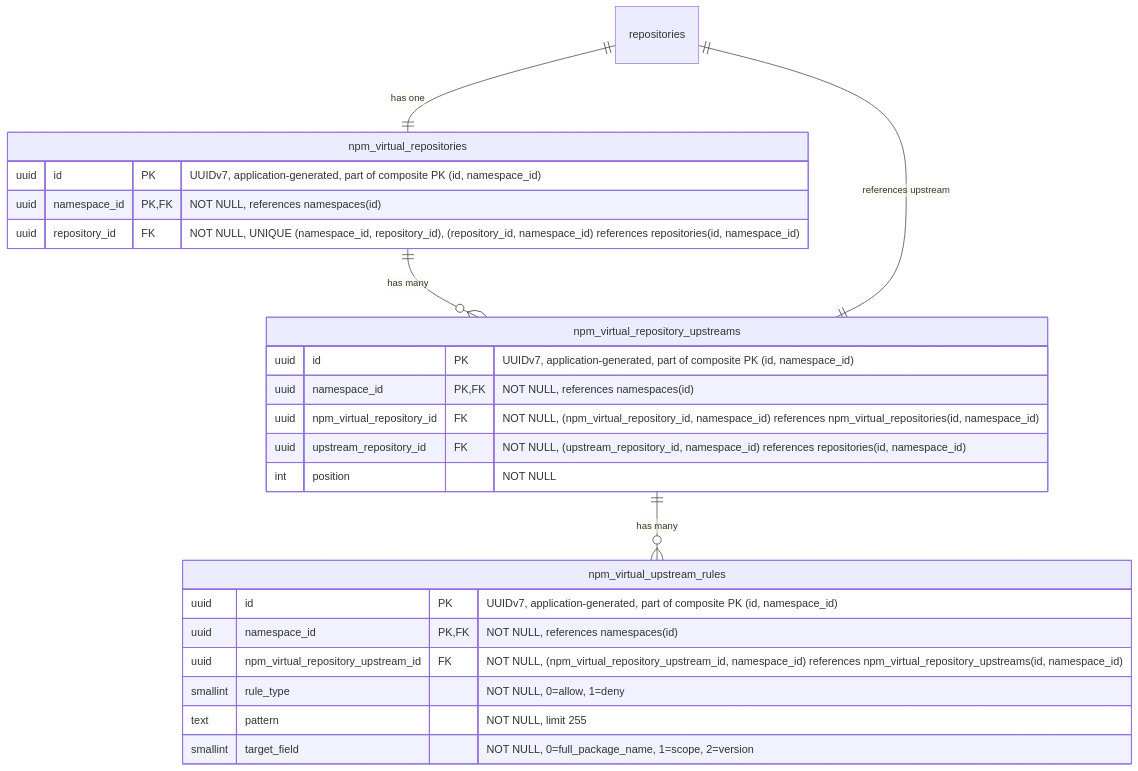
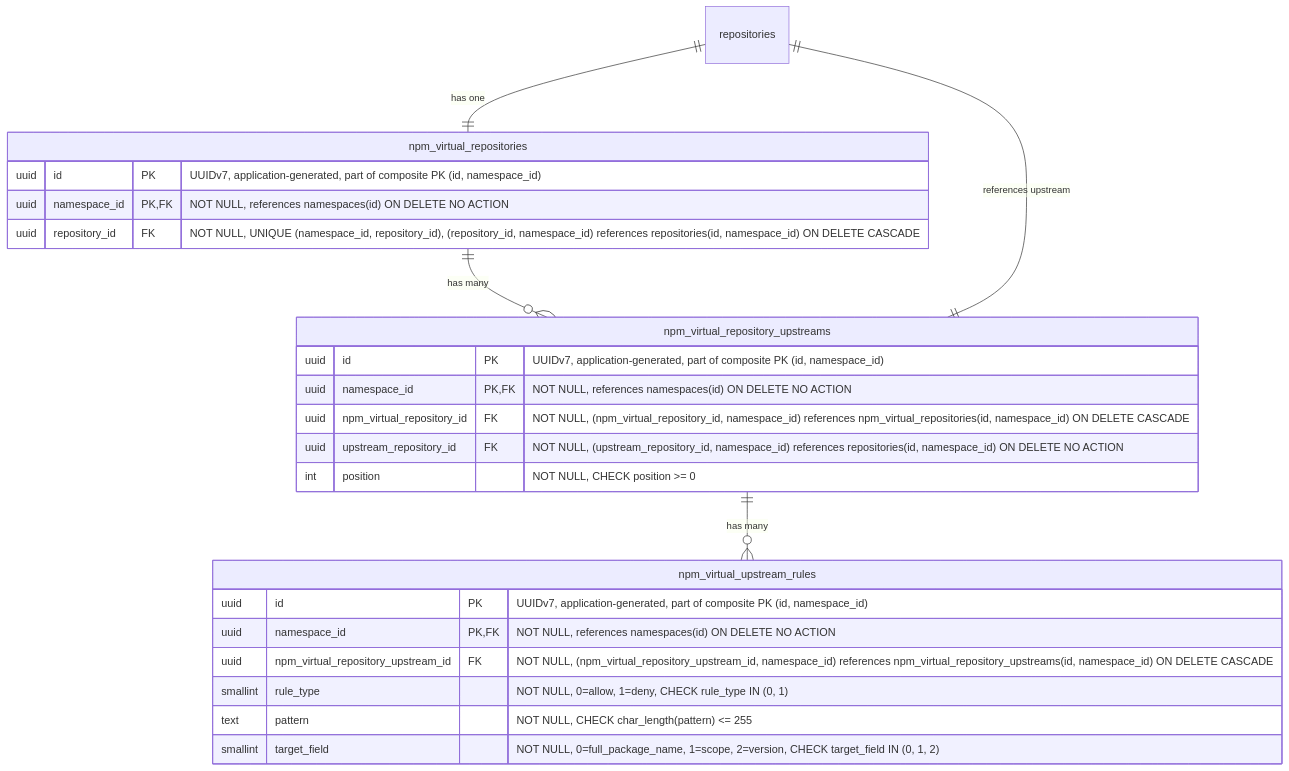
Diagram 15 of 19 in content/handbook/engineering/architecture/design-documents/artifact_registry/decisions/007_database_schema.md (kyama0/gitlab-handbook-ja), drawn with Mermaid before and after one commit. The commit also changed other lines of this file and 90 other files, not shown here.

````diff
--- a/content/handbook/engineering/architecture/design-documents/artifact_registry/decisions/007_database_schema.md
+++ b/content/handbook/engineering/architecture/design-documents/artifact_registry/decisions/007_database_schema.md
@@ -1436,30 +1460,30 @@
 ```mermaid
 erDiagram
     repositories ||--|| npm_virtual_repositories : "has one"
     npm_virtual_repositories ||--o{ npm_virtual_repository_upstreams : "has many"
     npm_virtual_repository_upstreams ||--|| repositories : "references upstream"
     npm_virtual_repository_upstreams ||--o{ npm_virtual_upstream_rules : "has many"
 
     npm_virtual_repositories {
         uuid id PK "UUIDv7, application-generated, part of composite PK (id, namespace_id)"
-        uuid namespace_id PK,FK "NOT NULL, references namespaces(id)"
-        uuid repository_id FK "NOT NULL, UNIQUE (namespace_id, repository_id), (repository_id, namespace_id) references repositories(id, namespace_id)"
+        uuid namespace_id PK,FK "NOT NULL, references namespaces(id) ON DELETE NO ACTION"
+        uuid repository_id FK "NOT NULL, UNIQUE (namespace_id, repository_id), (repository_id, namespace_id) references repositories(id, namespace_id) ON DELETE CASCADE"
     }
 
     npm_virtual_repository_upstreams {
         uuid id PK "UUIDv7, application-generated, part of composite PK (id, namespace_id)"
-        uuid namespace_id PK,FK "NOT NULL, references namespaces(id)"
-        uuid npm_virtual_repository_id FK "NOT NULL, (npm_virtual_repository_id, namespace_id) references npm_virtual_repositories(id, namespace_id)"
-        uuid upstream_repository_id FK "NOT NULL, (upstream_repository_id, namespace_id) references repositories(id, namespace_id)"
-        int position "NOT NULL"
+        uuid namespace_id PK,FK "NOT NULL, references namespaces(id) ON DELETE NO ACTION"
+        uuid npm_virtual_repository_id FK "NOT NULL, (npm_virtual_repository_id, namespace_id) references npm_virtual_repositories(id, namespace_id) ON DELETE CASCADE"
+        uuid upstream_repository_id FK "NOT NULL, (upstream_repository_id, namespace_id) references repositories(id, namespace_id) ON DELETE NO ACTION"
+        int position "NOT NULL, CHECK position >= 0"
     }
 
     npm_virtual_upstream_rules {
         uuid id PK "UUIDv7, application-generated, part of composite PK (id, namespace_id)"
-        uuid namespace_id PK,FK "NOT NULL, references namespaces(id)"
-        uuid npm_virtual_repository_upstream_id FK "NOT NULL, (npm_virtual_repository_upstream_id, namespace_id) references npm_virtual_repository_upstreams(id, namespace_id)"
-        smallint rule_type "NOT NULL, 0=allow, 1=deny"
-        text pattern "NOT NULL, limit 255"
-        smallint target_field "NOT NULL, 0=full_package_name, 1=scope, 2=version"
+        uuid namespace_id PK,FK "NOT NULL, references namespaces(id) ON DELETE NO ACTION"
+        uuid npm_virtual_repository_upstream_id FK "NOT NULL, (npm_virtual_repository_upstream_id, namespace_id) references npm_virtual_repository_upstreams(id, namespace_id) ON DELETE CASCADE"
+        smallint rule_type "NOT NULL, 0=allow, 1=deny, CHECK rule_type IN (0, 1)"
+        text pattern "NOT NULL, CHECK char_length(pattern) <= 255"
+        smallint target_field "NOT NULL, 0=full_package_name, 1=scope, 2=version, CHECK target_field IN (0, 1, 2)"
     }
 ```
````
